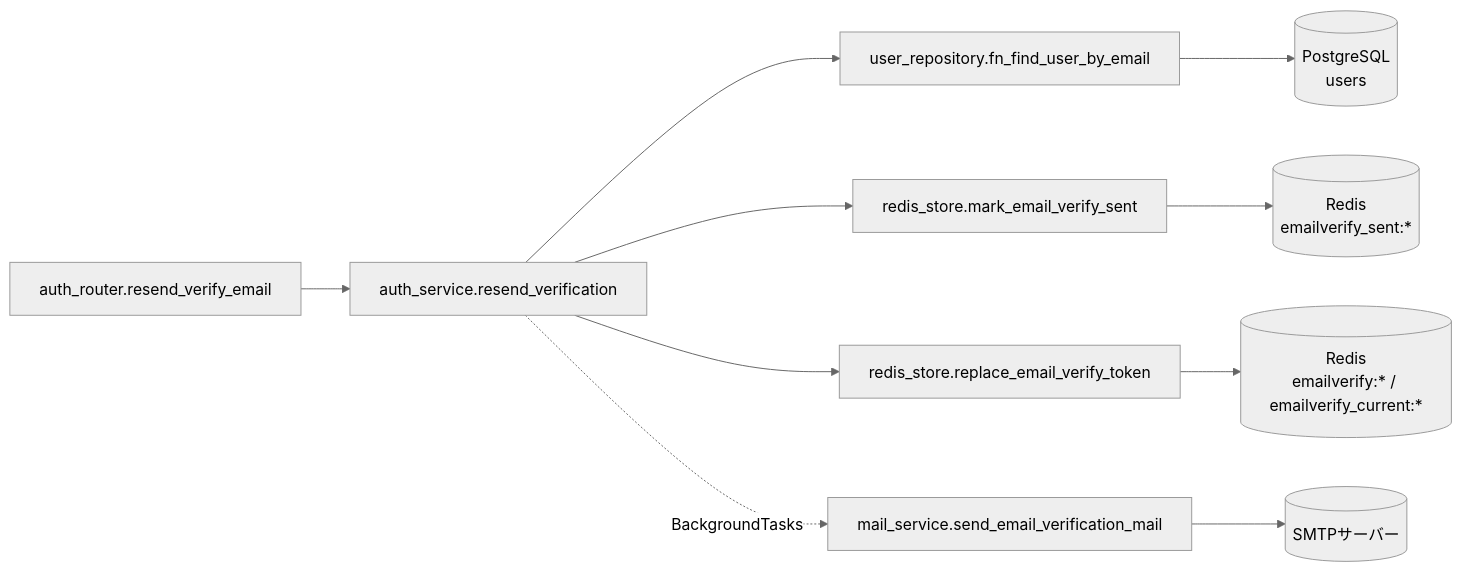
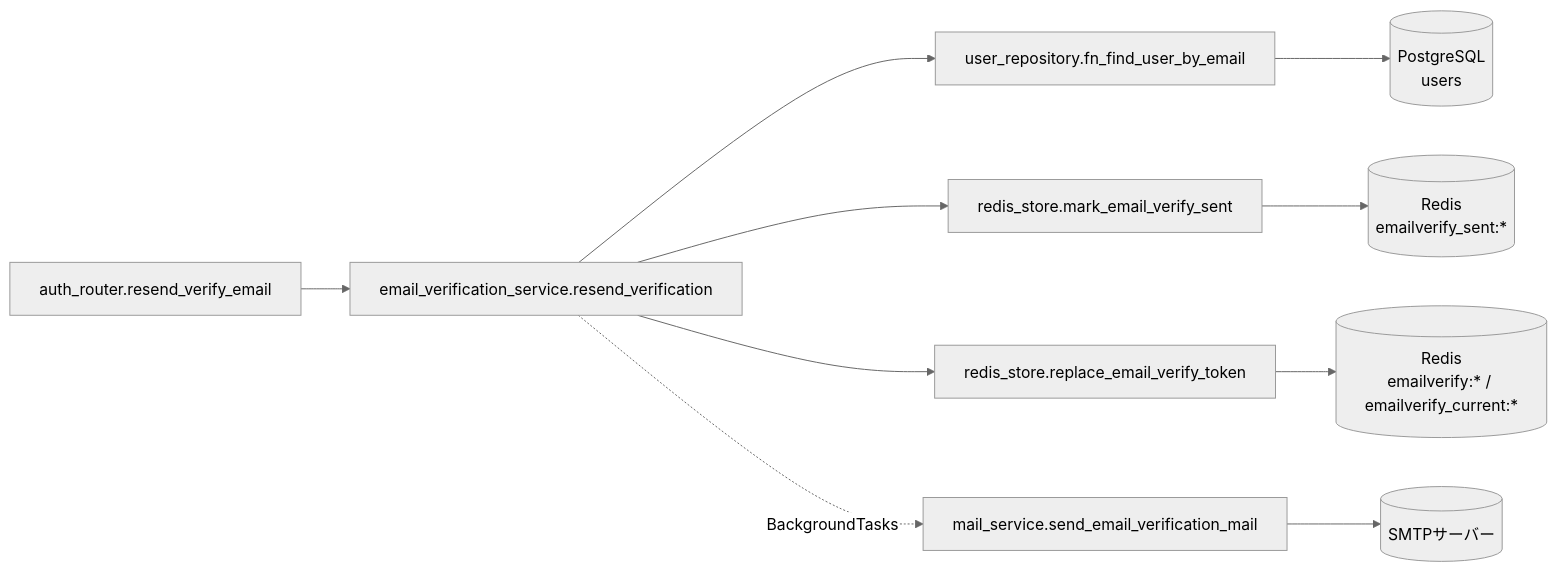
Before and after one commit to oikawa-d/task_management: the third of 4 diagrams in docs/detailed_design/api/auth/08_post_auth_verify_email_resend.md, drawn with Mermaid (neutral theme). The commit also changed other lines of this file and 29 other files, not shown here.

````diff
--- a/docs/detailed_design/api/auth/08_post_auth_verify_email_resend.md
+++ b/docs/detailed_design/api/auth/08_post_auth_verify_email_resend.md
@@ -211,12 +211,12 @@
 ```mermaid
 flowchart LR
-    R["auth_router.resend_verify_email"] --> S["auth_service.resend_verification"]
+    R["auth_router.resend_verify_email"] --> S["email_verification_service.resend_verification"]
     S --> UR["user_repository.fn_find_user_by_email"]
     S --> RD1["redis_store.mark_email_verify_sent"]
     S --> RD2["redis_store.replace_email_verify_token"]
     S -.->|"BackgroundTasks"| MS["mail_service.send_email_verification_mail"]
     UR --> PG[("PostgreSQL<br/>users")]
     RD1 --> REDIS[("Redis<br/>emailverify_sent:*")]
     RD2 --> REDIS2[("Redis<br/>emailverify:* / emailverify_current:*")]
     MS --> SMTP[("SMTPサーバー")]
 ```
````
